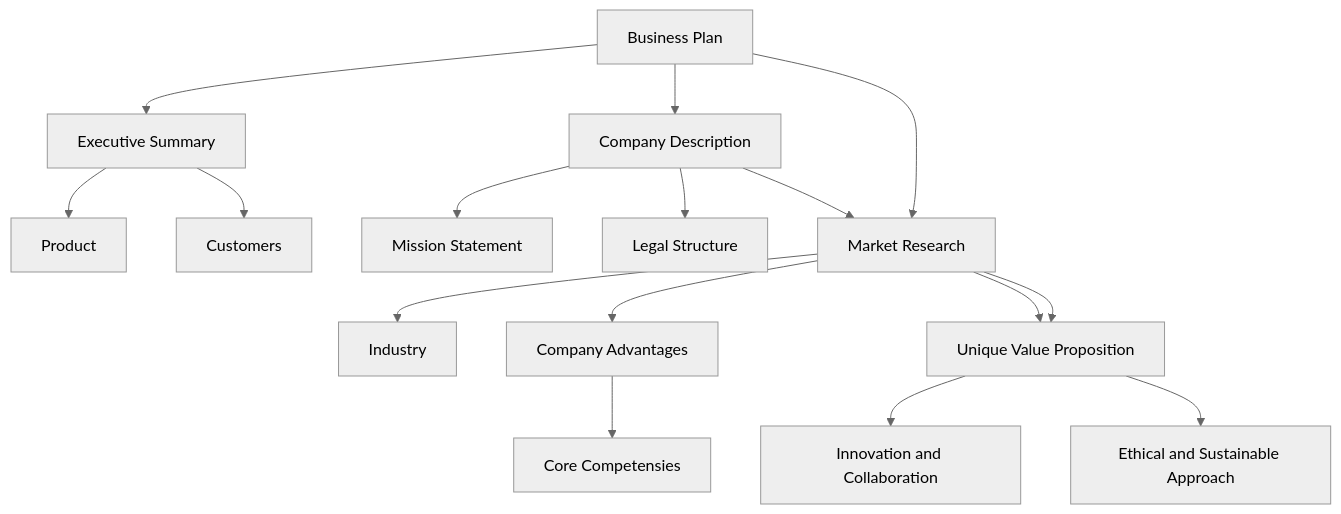
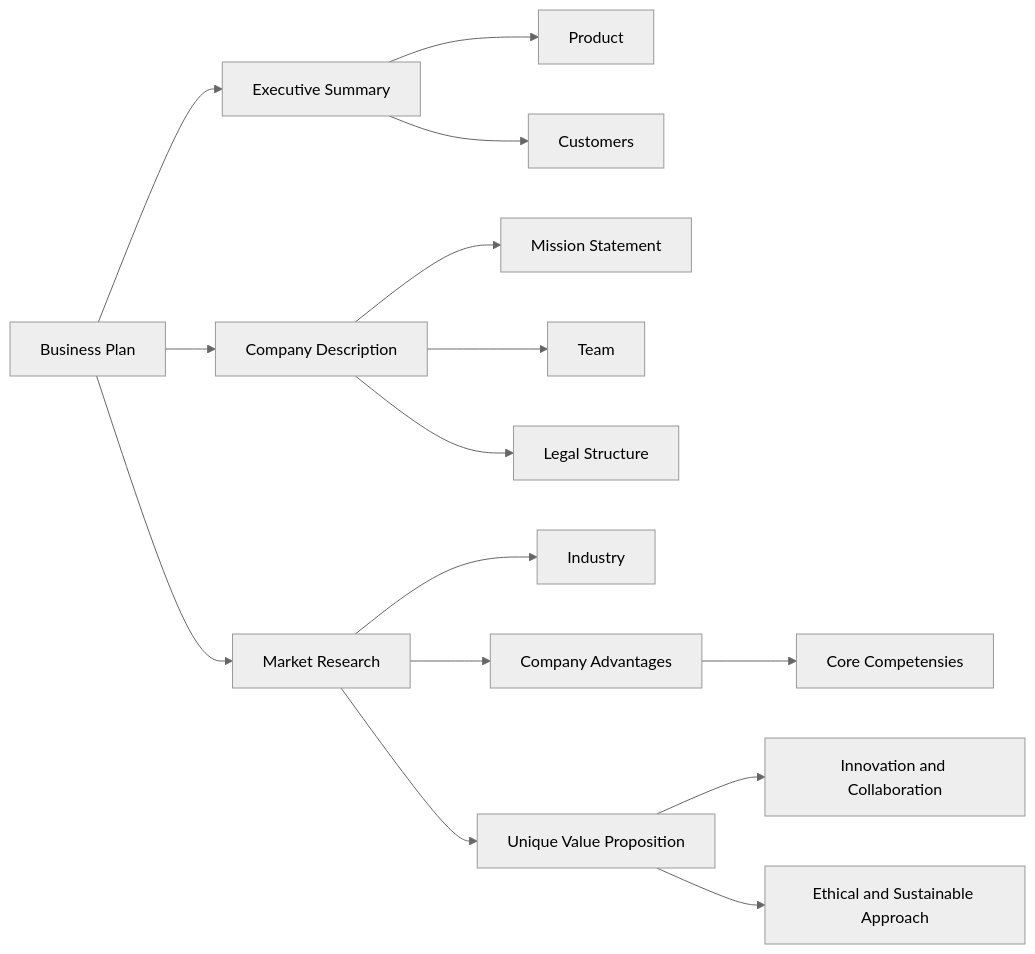
One commit to noclocks/NoClocksVault changed the diagram in 03-AREAS/Business/Checklists/Checklist - Business Plan.md. Above: the diagram before and after it, drawn with Mermaid (neutral theme). The commit also changed other lines of this file, not shown here.

Commit message:
[auto]: vault backup - 1 files changed | 2024-04-01 11:27:01 | DESKTOP-MSI
Affected files:
03-AREAS/Business/Checklists/Checklist - Business Plan.md

````diff
--- a/03-AREAS/Business/Checklists/Checklist - Business Plan.md
+++ b/03-AREAS/Business/Checklists/Checklist - Business Plan.md
@@ -37,35 +39,38 @@
 ```mermaid
-graph TB
+graph LR
   busplan[Business Plan]
   execsumm[Executive Summary]
   product[Product]
   customers[Customers]
   company[Company Description]
   mission[Mission Statement]
+  team[Team]
   legal[Legal Structure]
   market[Market Research]
   industry[Industry]
   advantages[Company Advantages]
   competencies[Core Competensies]
   value[Unique Value Proposition]
   innovation[Innovation and Collaboration]
   ethical[Ethical and Sustainable Approach]
 
 busplan --> execsumm
+busplan --> company
+busplan --> market
 
 execsumm --> product
 execsumm --> customers
 
-busplan --> company
-
 company --> mission
 company --> legal
-company --> market
-
-busplan --> market
+company --> team
 
 market --> industry
-market --> advantages --> competencies
-market --> value --> innovation
-market --> value --> ethical
+
+market --> advantages
+advantages --> competencies
+
+market --> value
+value --> innovation
+value --> ethical
 ```
````
